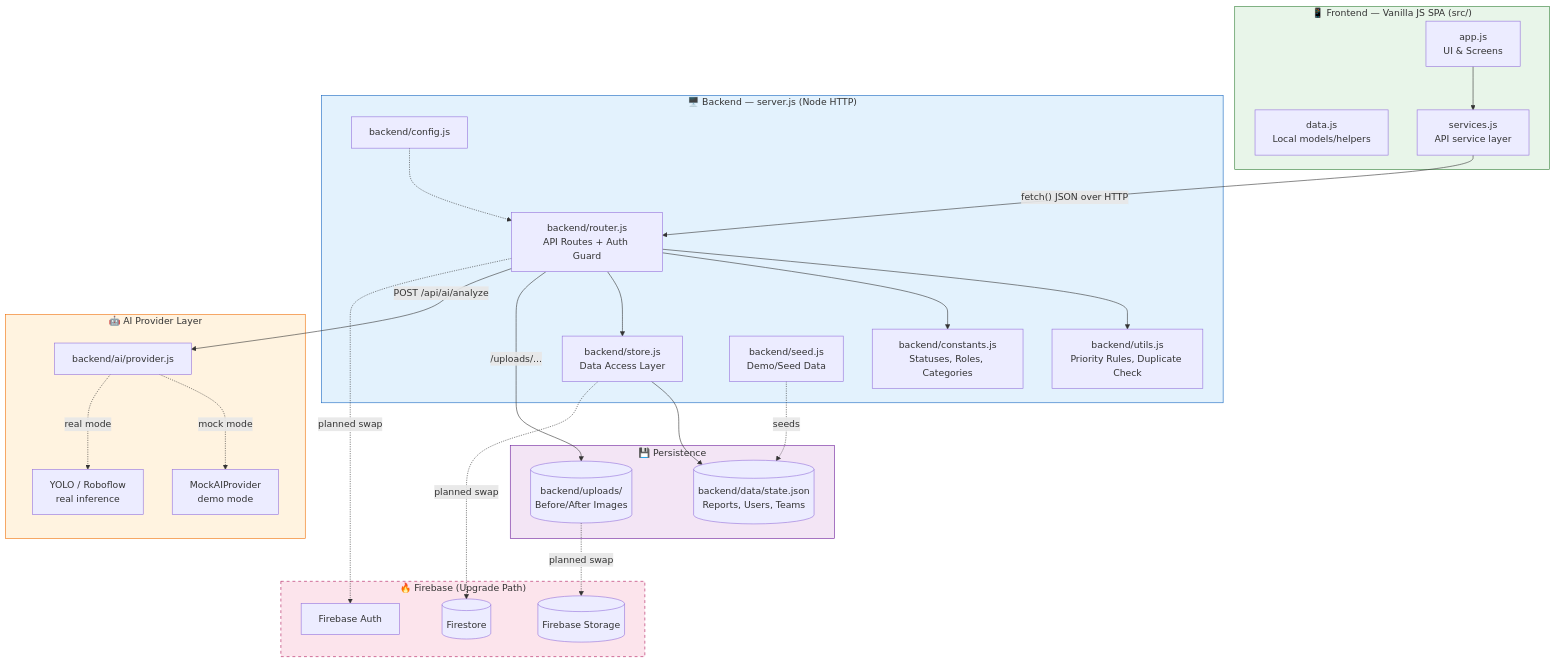
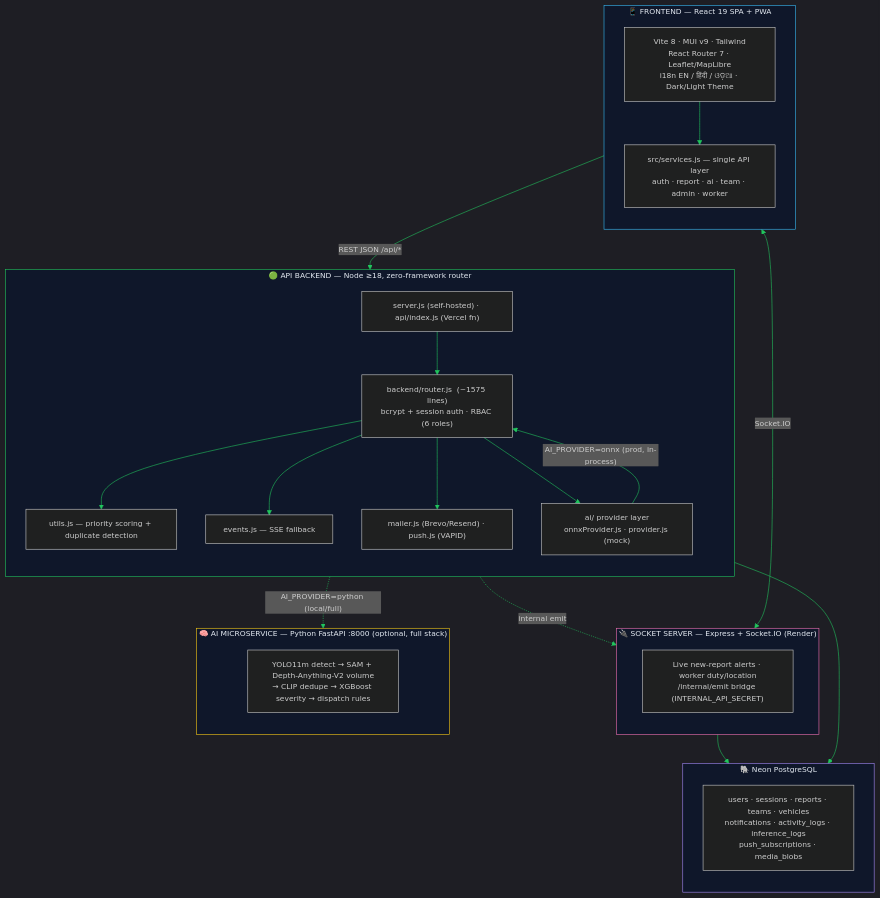
One commit to Shubham809380/Smart_Coders_Gandhi-institute-of-excellent-technocrats_-SWACHHLENS changed the first of 6 diagrams in README.md. Above: the diagram before and after it, drawn with Mermaid. The commit also changed other lines of this file, not shown here.

````diff
--- a/README.md
+++ b/README.md
@@ -82,57 +42,53 @@
 ```mermaid
+%%{init: {'theme':'dark', 'themeVariables': {'primaryColor':'#0f172a','primaryTextColor':'#e2e8f0','primaryBorderColor':'#22c55e','lineColor':'#22c55e','fontSize':'13px'}}}%%
 flowchart TB
-    subgraph Client["📱 Frontend — Vanilla JS SPA (src/)"]
-        UI[app.js<br/>UI & Screens]
-        DATA[data.js<br/>Local models/helpers]
-        SVC[services.js<br/>API service layer]
+    subgraph CLIENT["📱 FRONTEND — React 19 SPA + PWA"]
+        direction TB
+        REACT["Vite 8 · MUI v9 · Tailwind<br/>React Router 7 · Leaflet/MapLibre<br/>i18n EN / हिंदी / ଓଡ଼ିଆ · Dark/Light Theme"]
+        SVC["src/services.js — single API layer<br/>auth · report · ai · team · admin · worker"]
+        REACT --> SVC
     end
 
-    subgraph Server["🖥️ Backend — server.js (Node HTTP)"]
-        ROUTER[backend/router.js<br/>API Routes + Auth Guard]
-        UTILS[backend/utils.js<br/>Priority Rules, Duplicate Check]
-        CONST[backend/constants.js<br/>Statuses, Roles, Categories]
-        CONFIG[backend/config.js]
-        STORE[backend/store.js<br/>Data Access Layer]
-        SEED[backend/seed.js<br/>Demo/Seed Data]
+    subgraph API["🟢 API BACKEND — Node ≥18, zero-framework router"]
+        direction TB
+        ENTRY["server.js (self-hosted) · api/index.js (Vercel fn)"]
+        ROUTER["backend/router.js  (~1575 lines)<br/>bcrypt + session auth · RBAC (6 roles)"]
+        UTILS["utils.js — priority scoring + duplicate detection"]
+        SSE["events.js — SSE fallback"]
+        NOTIF["mailer.js (Brevo/Resend) · push.js (VAPID)"]
+        AIP["ai/ provider layer<br/>onnxProvider.js · provider.js (mock)"]
+        ENTRY --> ROUTER --> UTILS
+        ROUTER --> SSE
+        ROUTER --> NOTIF
+        ROUTER --> AIP
     end
 
-    subgraph AI["🤖 AI Provider Layer"]
-        PROVIDER[backend/ai/provider.js]
-        MOCK[MockAIProvider<br/>demo mode]
-        YOLO[YOLO / Roboflow<br/>real inference]
+    subgraph SOCK["🔌 SOCKET SERVER — Express + Socket.IO (Render)"]
+        direction TB
+        SIO["Live new-report alerts · worker duty/location<br/>/internal/emit bridge (INTERNAL_API_SECRET)"]
     end
 
-    subgraph Storage["💾 Persistence"]
-        JSON[(backend/data/state.json<br/>Reports, Users, Teams)]
-        UPLOADS[(backend/uploads/<br/>Before/After Images)]
+    subgraph PG["🐘 Neon PostgreSQL"]
+        direction TB
+        TBL["users · sessions · reports · teams · vehicles<br/>notifications · activity_logs · inference_logs<br/>push_subscriptions · media_blobs"]
     end
 
-    subgraph Future["🔥 Firebase (Upgrade Path)"]
-        FBAUTH[Firebase Auth]
-        FIRESTORE[(Firestore)]
-        FBSTORAGE[(Firebase Storage)]
+    subgraph AISVC["🧠 AI MICROSERVICE — Python FastAPI :8000 (optional, full stack)"]
+        direction TB
+        PIPE["YOLO11m detect → SAM + Depth-Anything-V2 volume<br/>→ CLIP dedupe → XGBoost severity → dispatch rules"]
     end
 
-    UI --> SVC
-    SVC -->|"fetch() JSON over HTTP"| ROUTER
-    ROUTER --> UTILS
-    ROUTER --> CONST
-    ROUTER --> STORE
-    STORE --> JSON
-    ROUTER -->|"/uploads/..."| UPLOADS
-    ROUTER -->|"POST /api/ai/analyze"| PROVIDER
-    PROVIDER -.mock mode.-> MOCK
-    PROVIDER -.real mode.-> YOLO
-    CONFIG -.-> ROUTER
-    SEED -.seeds.-> JSON
+    SVC -->|"REST JSON /api/*"| ROUTER
+    SVC <-->|"Socket.IO"| SIO
+    ROUTER --> PG
+    SIO --> PG
+    ROUTER -.->|"internal emit"| SIO
+    AIP -->|"AI_PROVIDER=onnx (prod, in-process)"| ROUTER
+    AIP -.->|"AI_PROVIDER=python (local/full)"| AISVC
 
-    STORE -.planned swap.-> FIRESTORE
-    ROUTER -.planned swap.-> FBAUTH
-    UPLOADS -.planned swap.-> FBSTORAGE
-
-    style Client fill:#e8f5e9,stroke:#2e7d32
-    style Server fill:#e3f2fd,stroke:#1565c0
-    style AI fill:#fff3e0,stroke:#ef6c00
-    style Storage fill:#f3e5f5,stroke:#6a1b9a
-    style Future fill:#fce4ec,stroke:#ad1457,stroke-dasharray: 5 5
+    style CLIENT fill:#0f172a,stroke:#38bdf8,color:#e2e8f0
+    style API fill:#0f172a,stroke:#22c55e,color:#e2e8f0
+    style SOCK fill:#0f172a,stroke:#f472b6,color:#e2e8f0
+    style PG fill:#0f172a,stroke:#a78bfa,color:#e2e8f0
+    style AISVC fill:#0f172a,stroke:#facc15,color:#e2e8f0
 ```
````
